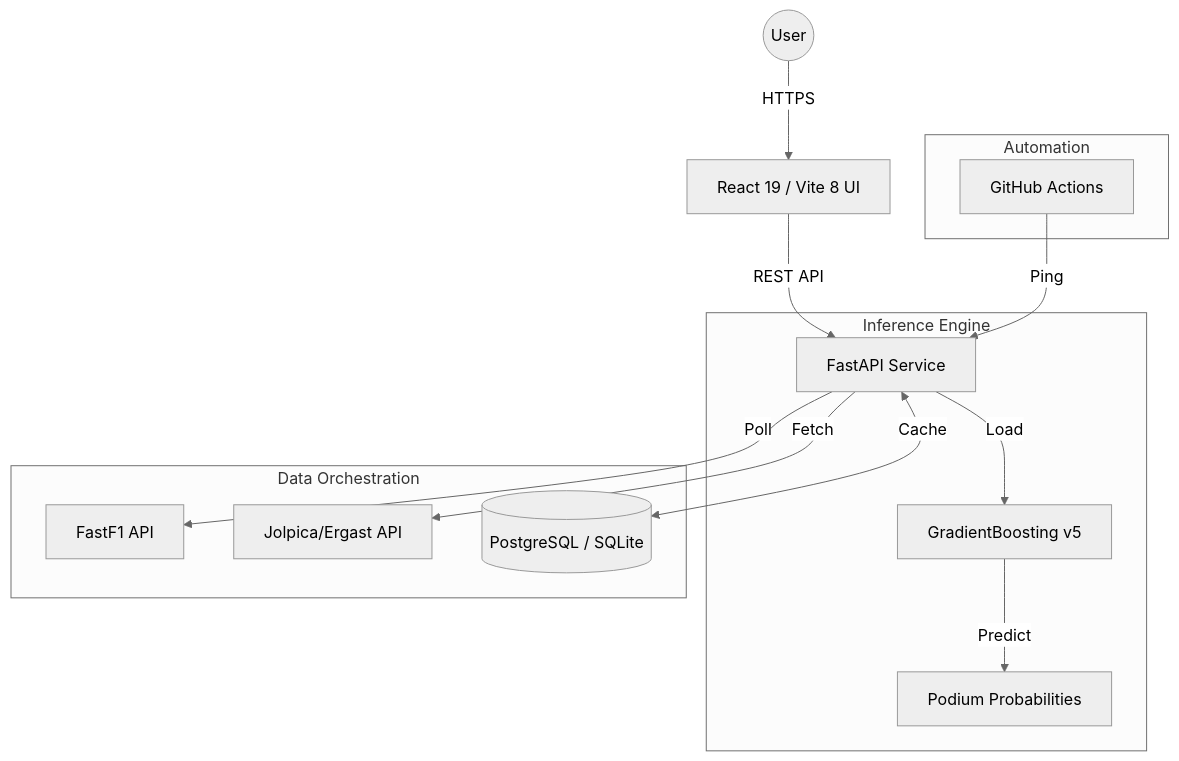
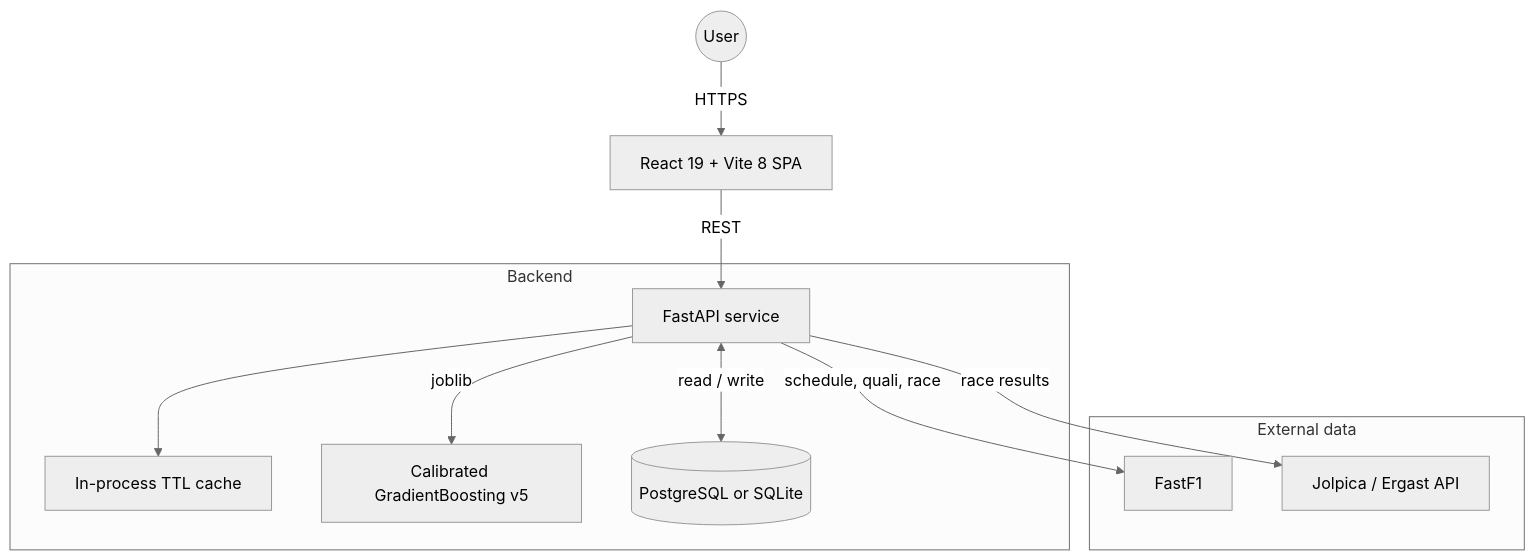
One commit to AakashVijeta/f1-podium-predictor changed the diagram in README.md. Above: the diagram before and after it, drawn with Mermaid (neutral theme). The commit also changed other lines of this file and 3 other files, not shown here.

````diff
--- a/README.md
+++ b/README.md
@@ -29,20 +46,16 @@
 ```mermaid
 graph TD
-    User((User)) -->|HTTPS| Frontend[React 19 / Vite 8 UI]
-    Frontend -->|REST API| Backend[FastAPI Service]
-    
-    subgraph "Inference Engine"
-        Backend -->|Load| Model[GradientBoosting v5]
-        Model -->|Predict| Probs[Podium Probabilities]
+    User((User)) -->|HTTPS| Frontend[React 19 + Vite 8 SPA]
+    Frontend -->|REST| API[FastAPI service]
+
+    subgraph Backend
+        API --> Cache[In-process TTL cache]
+        API -->|joblib| Model[Calibrated GradientBoosting v5]
+        API <-->|read / write| DB[(PostgreSQL or SQLite)]
     end
 
-    subgraph "Data Orchestration"
-        Backend -->|Poll| FastF1[FastF1 API]
-        Backend -->|Fetch| Jolpica[Jolpica/Ergast API]
-        Backend <-->|Cache| DB[(PostgreSQL / SQLite)]
-    end
-
-    subgraph "Automation"
-        GHA[GitHub Actions] -->|Ping| Backend
+    subgraph "External data"
+        API -->|schedule, quali, race| FastF1[FastF1]
+        API -->|race results| Jolpica[Jolpica / Ergast API]
     end
 ```
````
